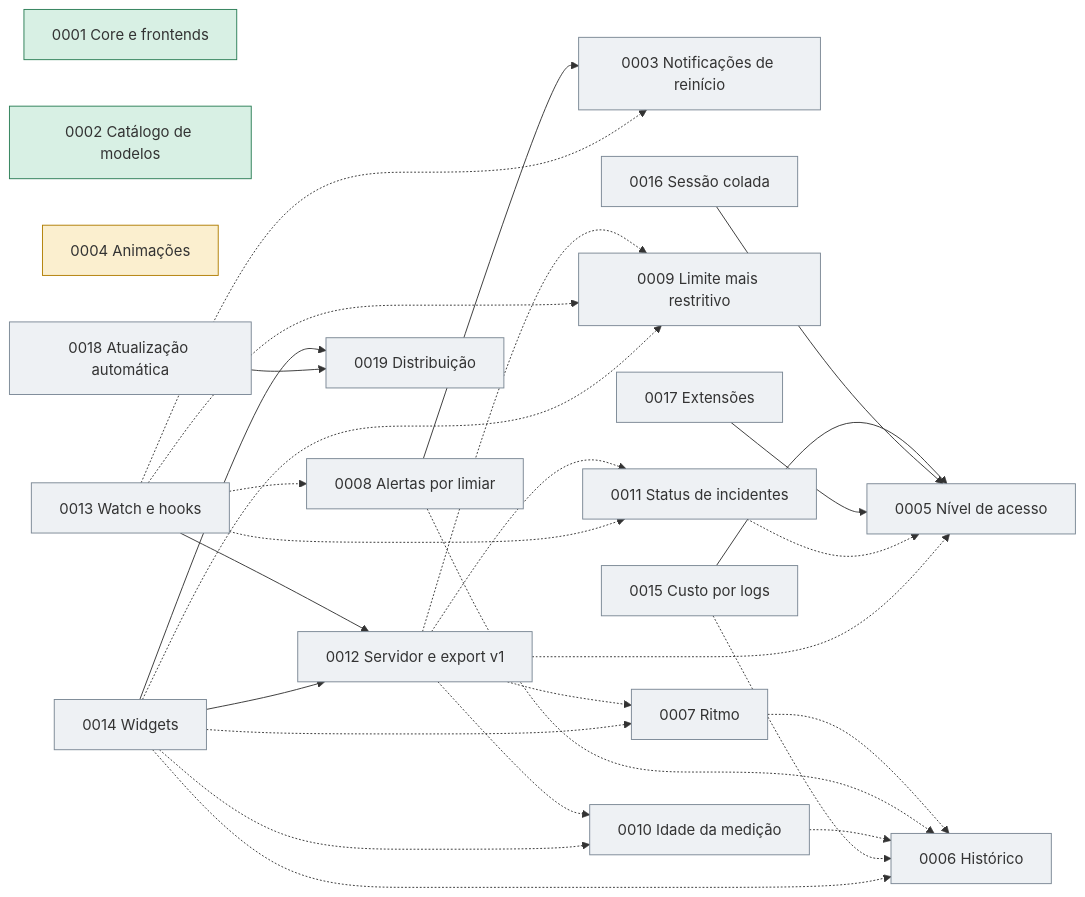
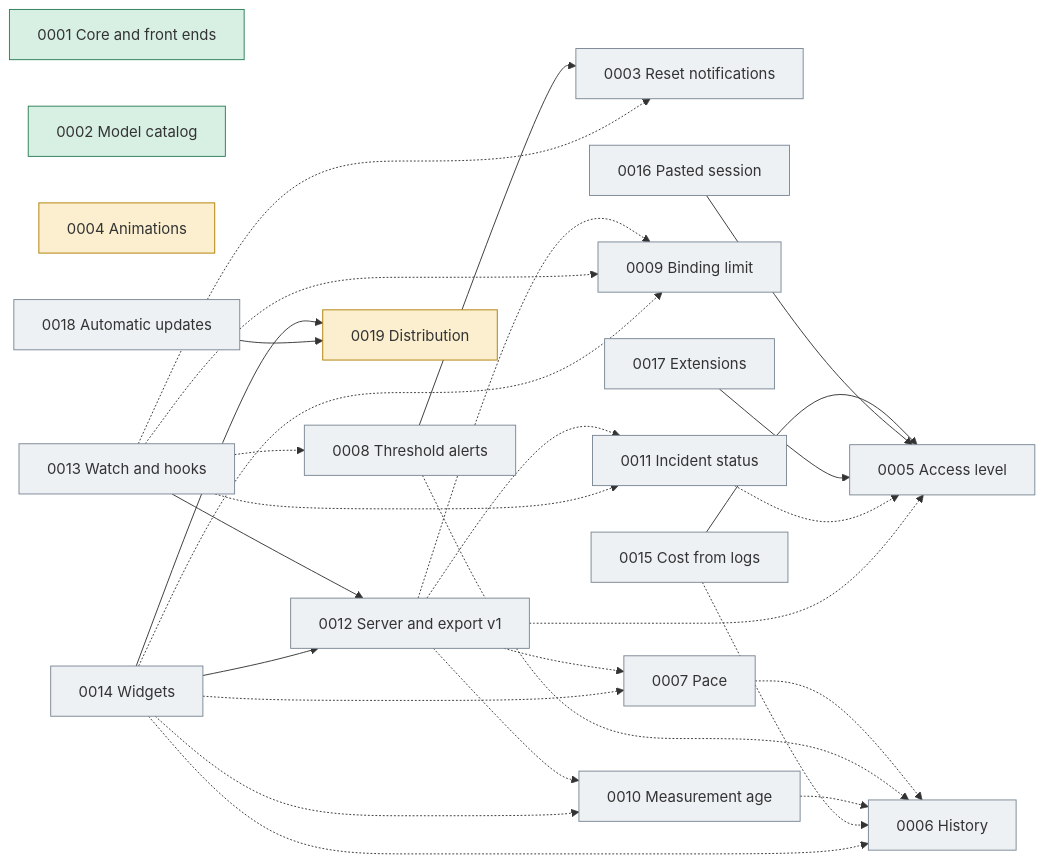
The diagram in docs/plans/0000_control.md (jmarcon/cuotai), drawn with Mermaid before and after one commit. The commit also changed other lines of this file, not shown here.

````diff
--- a/docs/plans/0000_control.md
+++ b/docs/plans/0000_control.md
@@ -66,54 +68,54 @@
 ```mermaid
 graph LR
   classDef done fill:#d8f0e4,stroke:#2a7d55
   classDef wip fill:#fbefcf,stroke:#b07d00
   classDef todo fill:#eef1f4,stroke:#7a8794
 
-  P1["0001 Core e frontends"]:::done
-  P2["0002 Catálogo de modelos"]:::done
-  P3["0003 Notificações de reinício"]:::todo
-  P4["0004 Animações"]:::wip
-  P5["0005 Nível de acesso"]:::todo
-  P6["0006 Histórico"]:::todo
-  P7["0007 Ritmo"]:::todo
-  P8["0008 Alertas por limiar"]:::todo
-  P9["0009 Limite mais restritivo"]:::todo
-  P10["0010 Idade da medição"]:::todo
-  P11["0011 Status de incidentes"]:::todo
-  P12["0012 Servidor e export v1"]:::todo
-  P13["0013 Watch e hooks"]:::todo
+  P1["0001 Core and front ends"]:::done
+  P2["0002 Model catalog"]:::done
+  P3["0003 Reset notifications"]:::todo
+  P4["0004 Animations"]:::wip
+  P5["0005 Access level"]:::todo
+  P6["0006 History"]:::todo
+  P7["0007 Pace"]:::todo
+  P8["0008 Threshold alerts"]:::todo
+  P9["0009 Binding limit"]:::todo
+  P10["0010 Measurement age"]:::todo
+  P11["0011 Incident status"]:::todo
+  P12["0012 Server and export v1"]:::todo
+  P13["0013 Watch and hooks"]:::todo
   P14["0014 Widgets"]:::todo
-  P15["0015 Custo por logs"]:::todo
-  P16["0016 Sessão colada"]:::todo
-  P17["0017 Extensões"]:::todo
-  P18["0018 Atualização automática"]:::todo
-  P19["0019 Distribuição"]:::todo
+  P15["0015 Cost from logs"]:::todo
+  P16["0016 Pasted session"]:::todo
+  P17["0017 Extensions"]:::todo
+  P18["0018 Automatic updates"]:::todo
+  P19["0019 Distribution"]:::wip
 
   P8 --> P3
   P13 --> P12
   P14 --> P12
   P14 --> P19
   P15 --> P5
   P16 --> P5
   P17 --> P5
   P18 --> P19
 
   P7 -.-> P6
   P8 -.-> P6
   P10 -.-> P6
   P11 -.-> P5
   P15 -.-> P6
   P12 -.-> P5
   P12 -.-> P7
   P12 -.-> P9
   P12 -.-> P10
   P12 -.-> P11
   P13 -.-> P3
   P13 -.-> P8
   P13 -.-> P9
   P13 -.-> P11
   P14 -.-> P6
   P14 -.-> P7
   P14 -.-> P9
   P14 -.-> P10
 ```
````
